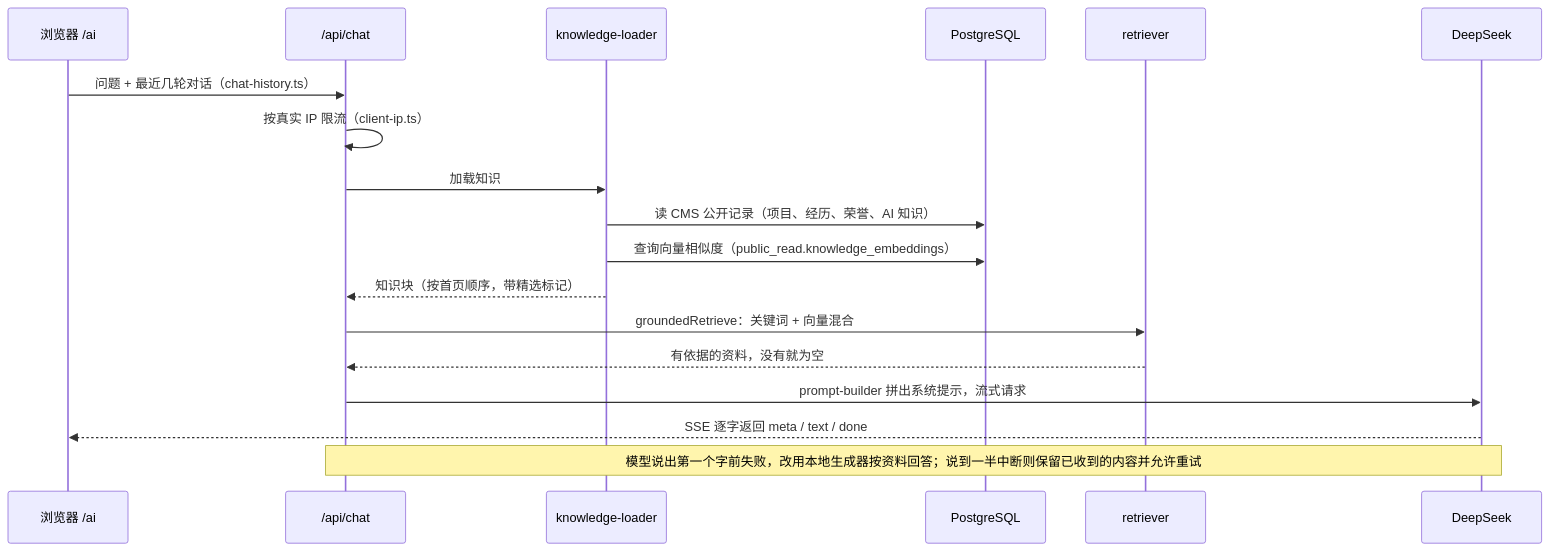
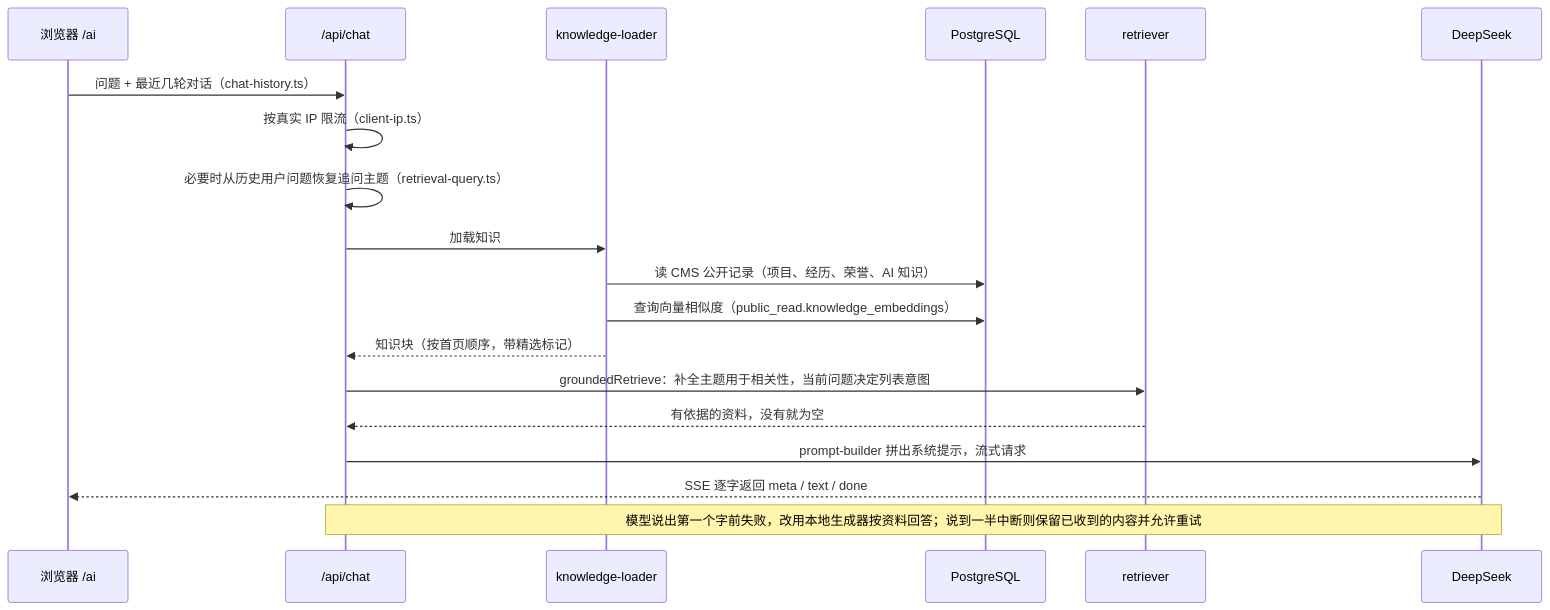
The second of 4 diagrams in docs/ARCHITECTURE.md (Jaxson-zip/jaxson-ai-space), drawn with Mermaid before and after one commit. The commit also changed other lines of this file and 17 other files, not shown here.

````diff
--- a/docs/ARCHITECTURE.md
+++ b/docs/ARCHITECTURE.md
@@ -62,21 +62,22 @@
 ```mermaid
 sequenceDiagram
   participant B as 浏览器 /ai
   participant C as /api/chat
   participant L as knowledge-loader
   participant P as PostgreSQL
   participant R as retriever
   participant M as DeepSeek
 
   B->>C: 问题 + 最近几轮对话（chat-history.ts）
   C->>C: 按真实 IP 限流（client-ip.ts）
+  C->>C: 必要时从历史用户问题恢复追问主题（retrieval-query.ts）
   C->>L: 加载知识
   L->>P: 读 CMS 公开记录（项目、经历、荣誉、AI 知识）
   L->>P: 查询向量相似度（public_read.knowledge_embeddings）
   L-->>C: 知识块（按首页顺序，带精选标记）
-  C->>R: groundedRetrieve：关键词 + 向量混合
+  C->>R: groundedRetrieve：补全主题用于相关性，当前问题决定列表意图
   R-->>C: 有依据的资料，没有就为空
   C->>M: prompt-builder 拼出系统提示，流式请求
   M-->>B: SSE 逐字返回 meta / text / done
   Note over C,M: 模型说出第一个字前失败，改用本地生成器按资料回答；说到一半中断则保留已收到的内容并允许重试
 ```
````
